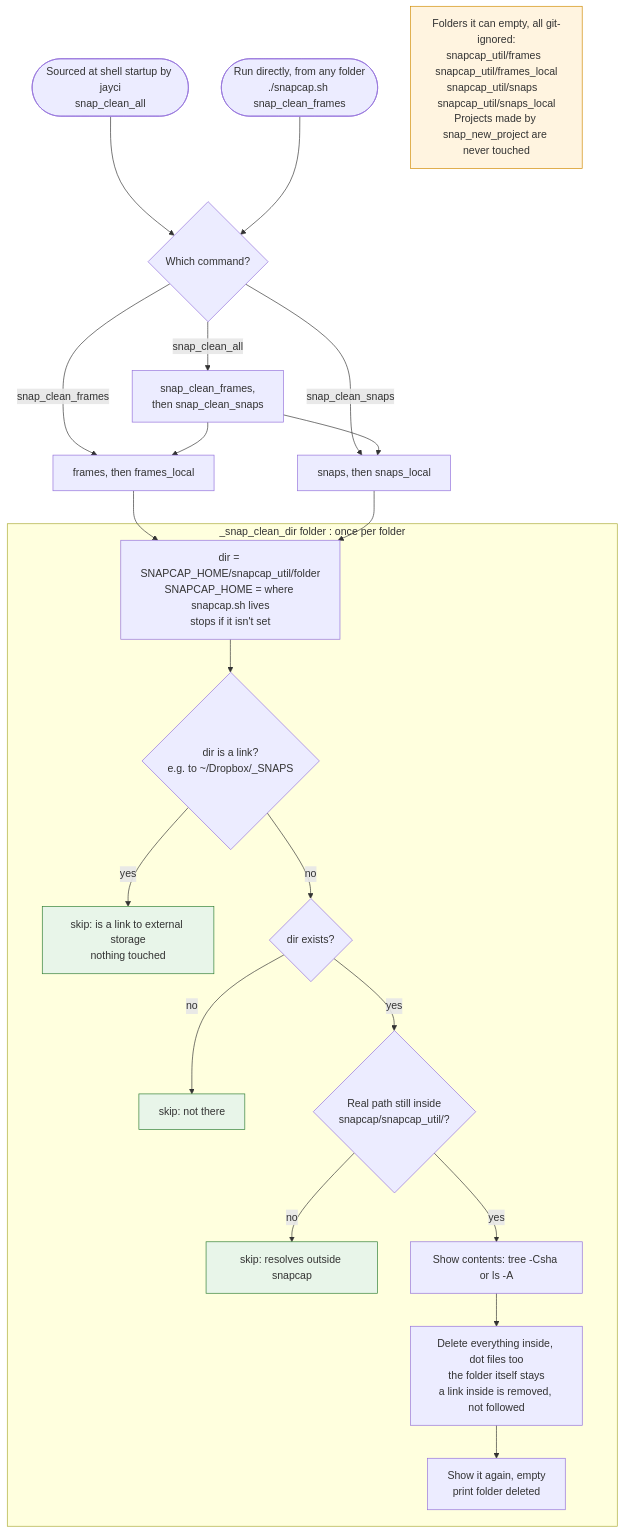
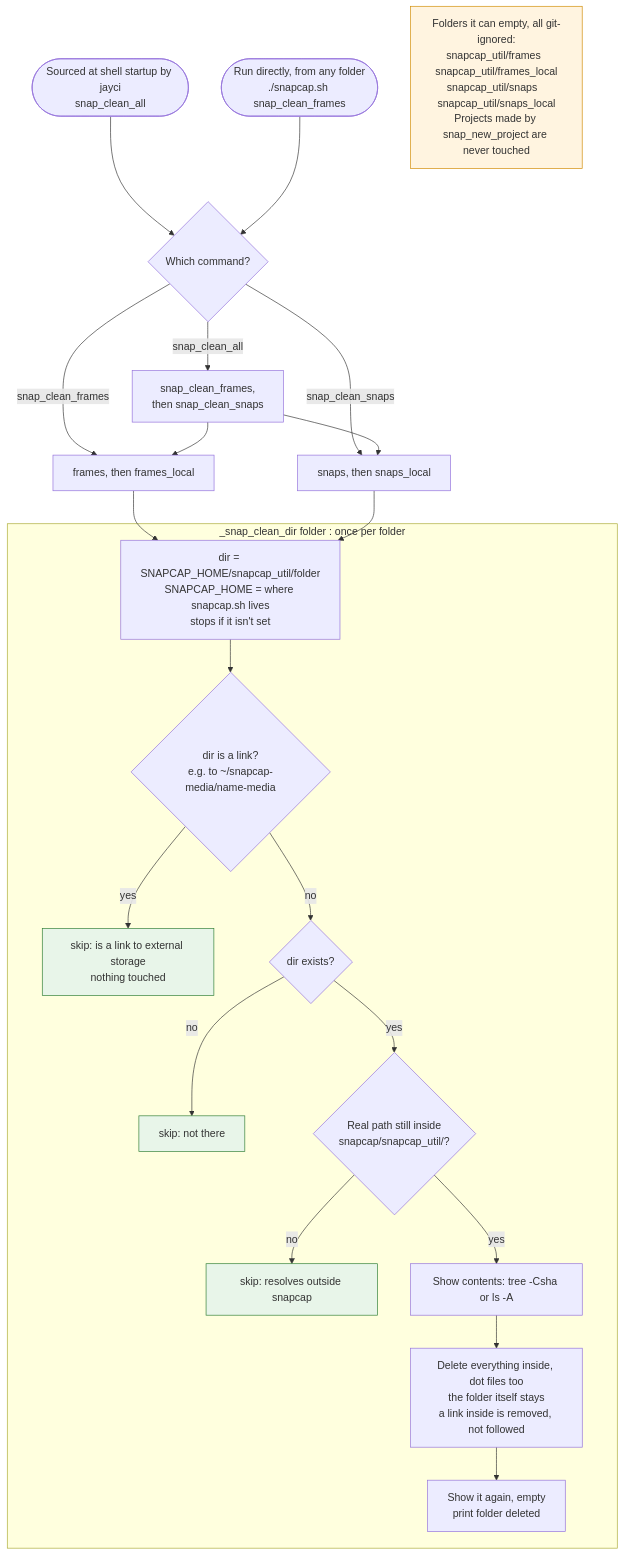
The diagram in docs/diagrams/clean.mmd (jaycody/snapcap), drawn with Mermaid before and after one commit. The commit also changed 5 other files, not shown here.

First line of the commit message:
Diagrams: addKey and first-frame key list, cancel paths, snapcap-media example

```diff
--- a/docs/diagrams/clean.mmd
+++ b/docs/diagrams/clean.mmd
@@ -1,33 +1,33 @@
 %% snap_clean_* : empty snapcap's OWN media folders. Never external storage.
 flowchart TD
     IN1(["Sourced at shell startup by jayci<br/>snap_clean_all"]) --> W
     IN2(["Run directly, from any folder<br/>./snapcap.sh snap_clean_frames"]) --> W
     W{"Which command?"}
     W -->|snap_clean_frames| F["frames, then frames_local"]
     W -->|snap_clean_snaps| S["snaps, then snaps_local"]
     W -->|snap_clean_all| A["snap_clean_frames,<br/>then snap_clean_snaps"]
     A --> F
     A --> S
 
     F --> D0
     S --> D0
 
     subgraph SAFE ["_snap_clean_dir folder : once per folder"]
         D0["dir = SNAPCAP_HOME/snapcap_util/folder<br/>SNAPCAP_HOME = where snapcap.sh lives<br/>stops if it isn't set"]
-        D0 --> D1{"dir is a link?<br/>e.g. to ~/Dropbox/_SNAPS"}
+        D0 --> D1{"dir is a link?<br/>e.g. to ~/snapcap-media/name-media"}
         D1 -->|yes| K1["skip: is a link to external storage<br/>nothing touched"]
         D1 -->|no| D2{"dir exists?"}
         D2 -->|no| K2["skip: not there"]
         D2 -->|yes| D3{"Real path still inside<br/>snapcap/snapcap_util/?"}
         D3 -->|no| K3["skip: resolves outside snapcap"]
         D3 -->|yes| D4["Show contents: tree -Csha or ls -A"]
         D4 --> D5["Delete everything inside, dot files too<br/>the folder itself stays<br/>a link inside is removed, not followed"]
         D5 --> D6["Show it again, empty<br/>print folder deleted"]
     end
 
     N1["Folders it can empty, all git-ignored:<br/>snapcap_util/frames  snapcap_util/frames_local<br/>snapcap_util/snaps   snapcap_util/snaps_local<br/>Projects made by snap_new_project are never touched"]
 
     classDef safe fill:#e8f5e9,stroke:#2e7d32,color:#333
     classDef note fill:#fff4e0,stroke:#d08a00,color:#333
     class K1,K2,K3 safe
     class N1 note
```
